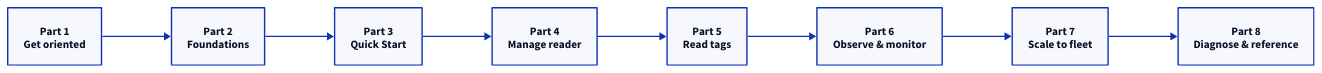
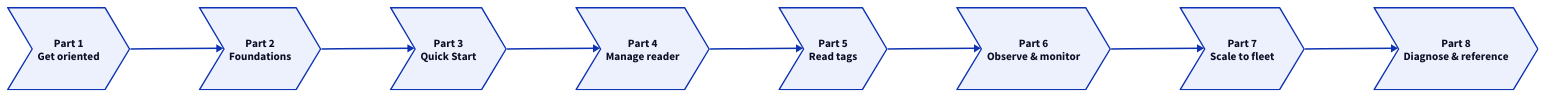
Before and after one commit to admiral-ai/zebra-handheld-rfid-iotc: the first of 2 diagrams in docs/foundations/documentation-guide.md, drawn with D2. The commit also changed other lines of this file and 40 other files, not shown here.

First line of the commit message:
Redesign all 54 D2 diagrams to a unified visual system

````diff
--- a/docs/foundations/documentation-guide.md
+++ b/docs/foundations/documentation-guide.md
@@ -23,12 +23,13 @@
 ```d2
 direction: right
-P1: "Part 1\nGet oriented"
-P2: "Part 2\nFoundations"
-P3: "Part 3\nQuick Start"
-P4: "Part 4\nManage reader"
-P5: "Part 5\nRead tags"
-P6: "Part 6\nObserve & monitor"
-P7: "Part 7\nScale to fleet"
-P8: "Part 8\nDiagnose & reference"
+P1: "Part 1\nGet oriented" { shape: step }
+P2: "Part 2\nFoundations" { shape: step }
+P3: "Part 3\nQuick Start" { shape: step }
+P4: "Part 4\nManage reader" { shape: step }
+P5: "Part 5\nRead tags" { shape: step }
+P6: "Part 6\nObserve & monitor" { shape: step }
+P7: "Part 7\nScale to fleet" { shape: step }
+P8: "Part 8\nDiagnose & reference" { shape: step }
 P1 -> P2 -> P3 -> P4 -> P5 -> P6 -> P7 -> P8
+
 ```
````
